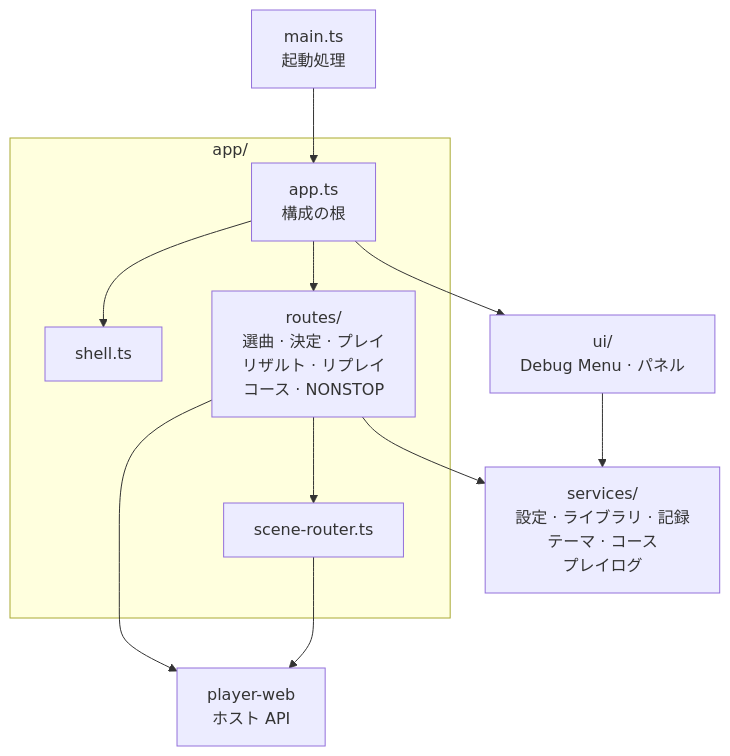
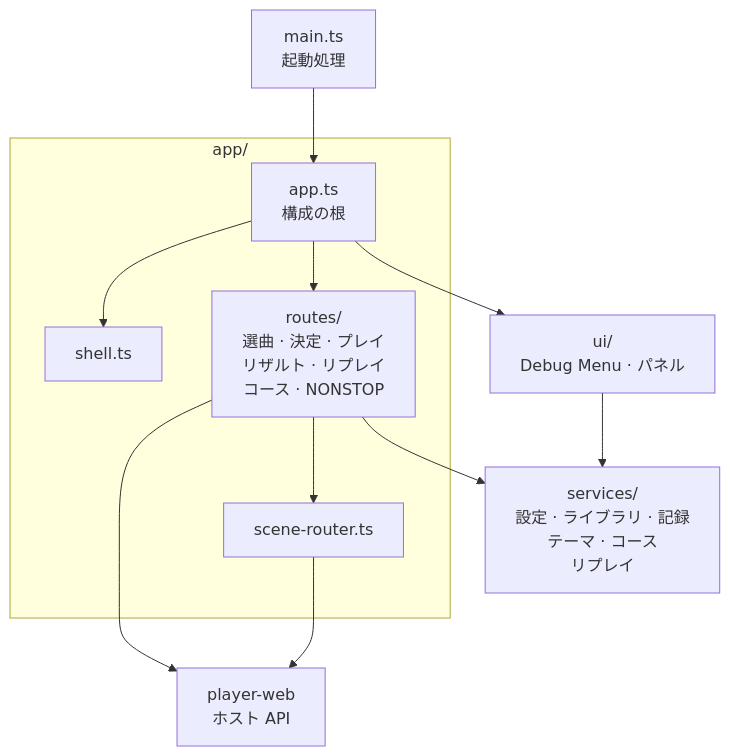
One commit to nulltask/be-music changed the second of 15 diagrams in docs/player-web.ja.md. Above: the diagram before and after it, drawn with Mermaid. The commit also changed other lines of this file and 603 other files, not shown here.

Commit message:
refactor: align chart, replay, and judgment terminology

````diff
--- a/docs/player-web.ja.md
+++ b/docs/player-web.ja.md
@@ -125,18 +125,18 @@
 ```mermaid
 flowchart TD
   main["main.ts<br/>起動処理"] --> app
   subgraph appDir["app/"]
     app["app.ts<br/>構成の根"]
     shell["shell.ts"]
     routes["routes/<br/>選曲 · 決定 · プレイ<br/>リザルト · リプレイ<br/>コース · NONSTOP"]
     router["scene-router.ts"]
   end
   app --> shell
   app --> routes
   app --> ui["ui/<br/>Debug Menu · パネル"]
   routes --> router
-  routes --> services["services/<br/>設定 · ライブラリ · 記録<br/>テーマ · コース<br/>プレイログ"]
+  routes --> services["services/<br/>設定 · ライブラリ · 記録<br/>テーマ · コース<br/>リプレイ"]
   ui --> services
   routes --> host["player-web<br/>ホスト API"]
   router --> host
 ```
````
